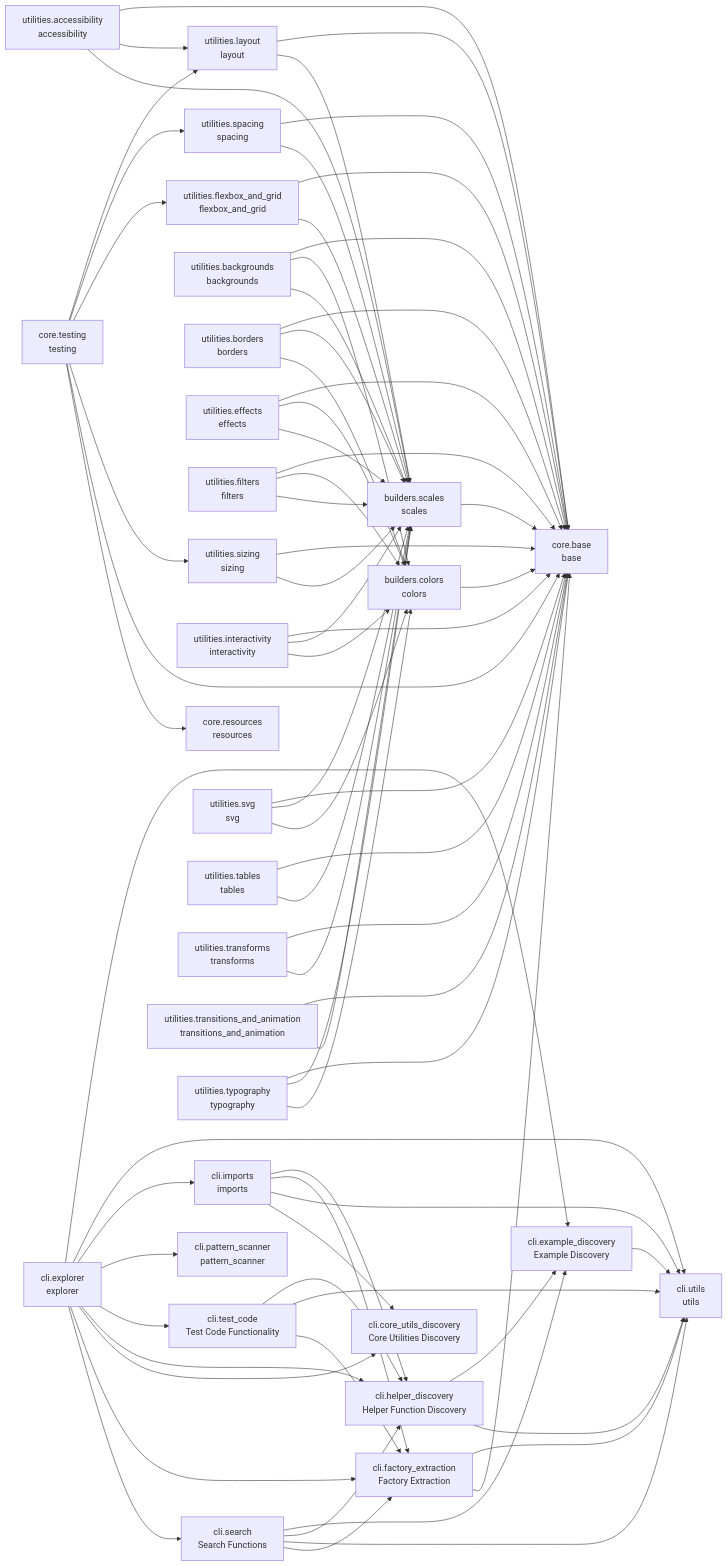
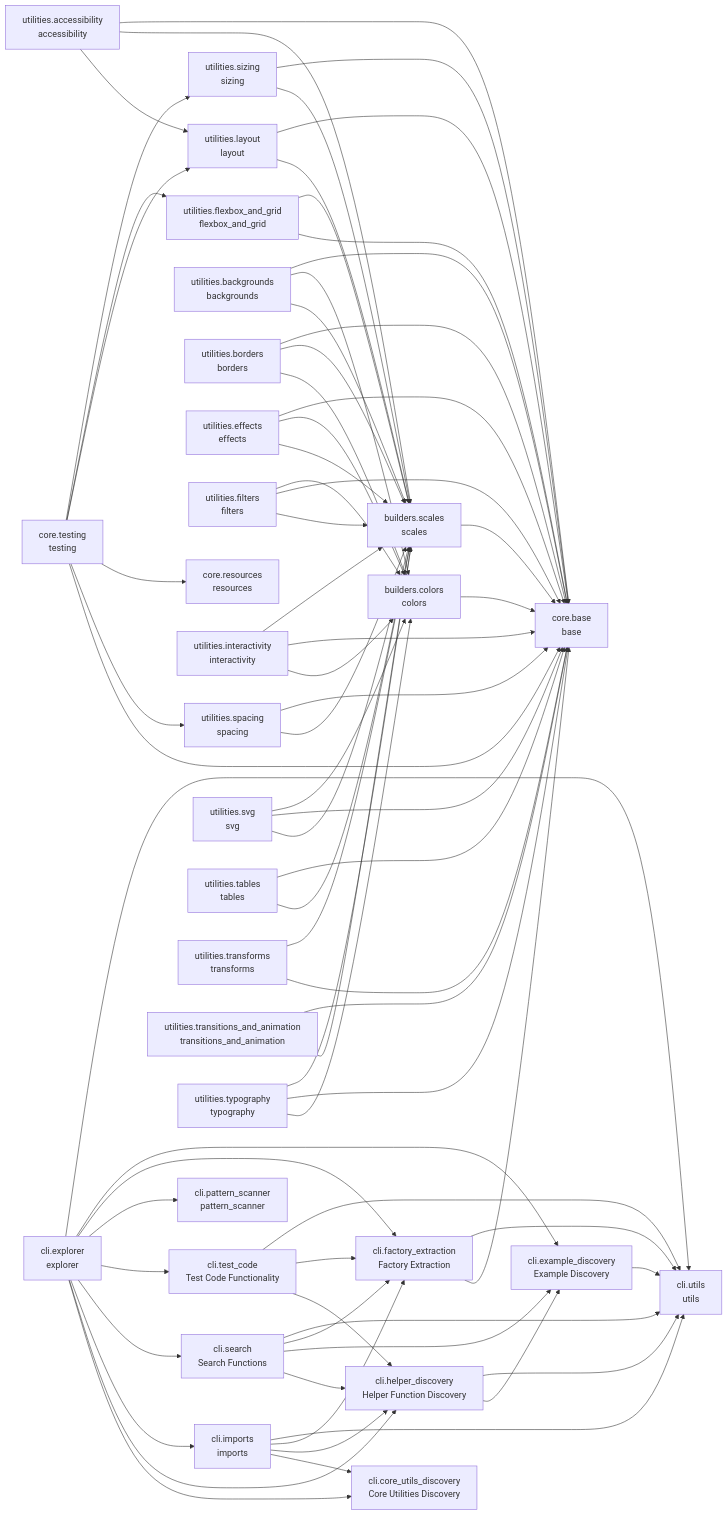
One commit to cj-mills/cjm-fasthtml-tailwind changed the diagram in README.md. Above: the diagram before and after it, drawn with Mermaid. The commit also changed other lines of this file and 8 other files, not shown here.

````diff
--- a/README.md
+++ b/README.md
@@ -87,39 +87,39 @@
     builders_colors --> core_base
     builders_scales --> core_base
     cli_example_discovery --> cli_utils
+    cli_explorer --> cli_utils
     cli_explorer --> cli_example_discovery
-    cli_explorer --> cli_utils
-    cli_explorer --> cli_imports
+    cli_explorer --> cli_factory_extraction
     cli_explorer --> cli_pattern_scanner
     cli_explorer --> cli_test_code
+    cli_explorer --> cli_search
+    cli_explorer --> cli_imports
     cli_explorer --> cli_helper_discovery
     cli_explorer --> cli_core_utils_discovery
-    cli_explorer --> cli_factory_extraction
-    cli_explorer --> cli_search
     cli_factory_extraction --> cli_utils
     cli_factory_extraction --> core_base
+    cli_helper_discovery --> cli_utils
     cli_helper_discovery --> cli_example_discovery
-    cli_helper_discovery --> cli_utils
+    cli_imports --> cli_utils
+    cli_imports --> cli_factory_extraction
     cli_imports --> cli_helper_discovery
-    cli_imports --> cli_factory_extraction
-    cli_imports --> cli_utils
     cli_imports --> cli_core_utils_discovery
+    cli_search --> cli_utils
+    cli_search --> cli_factory_extraction
     cli_search --> cli_example_discovery
     cli_search --> cli_helper_discovery
-    cli_search --> cli_utils
-    cli_search --> cli_factory_extraction
-    cli_test_code --> cli_helper_discovery
     cli_test_code --> cli_utils
     cli_test_code --> cli_factory_extraction
+    cli_test_code --> cli_helper_discovery
+    core_testing --> utilities_sizing
+    core_testing --> utilities_flexbox_and_grid
     core_testing --> utilities_layout
+    core_testing --> core_resources
     core_testing --> utilities_spacing
-    core_testing --> utilities_flexbox_and_grid
-    core_testing --> utilities_sizing
     core_testing --> core_base
-    core_testing --> core_resources
     utilities_accessibility --> core_base
+    utilities_accessibility --> builders_scales
     utilities_accessibility --> utilities_layout
-    utilities_accessibility --> builders_scales
     utilities_backgrounds --> core_base
     utilities_backgrounds --> builders_colors
     utilities_backgrounds --> builders_scales
@@ -129,13 +129,13 @@
     utilities_effects --> core_base
     utilities_effects --> builders_colors
     utilities_effects --> builders_scales
+    utilities_filters --> builders_colors
     utilities_filters --> core_base
-    utilities_filters --> builders_colors
     utilities_filters --> builders_scales
+    utilities_flexbox_and_grid --> builders_scales
     utilities_flexbox_and_grid --> core_base
-    utilities_flexbox_and_grid --> builders_scales
+    utilities_interactivity --> builders_scales
     utilities_interactivity --> core_base
-    utilities_interactivity --> builders_scales
     utilities_interactivity --> builders_colors
     utilities_layout --> core_base
     utilities_layout --> builders_scales
@@ -143,16 +143,16 @@
     utilities_sizing --> builders_scales
     utilities_spacing --> core_base
     utilities_spacing --> builders_scales
+    utilities_svg --> builders_colors
     utilities_svg --> core_base
     utilities_svg --> builders_scales
-    utilities_svg --> builders_colors
     utilities_tables --> core_base
     utilities_tables --> builders_scales
+    utilities_transforms --> builders_scales
     utilities_transforms --> core_base
-    utilities_transforms --> builders_scales
     utilities_transitions_and_animation --> core_base
     utilities_transitions_and_animation --> builders_scales
+    utilities_typography --> builders_scales
     utilities_typography --> core_base
-    utilities_typography --> builders_scales
     utilities_typography --> builders_colors
 ```
````
